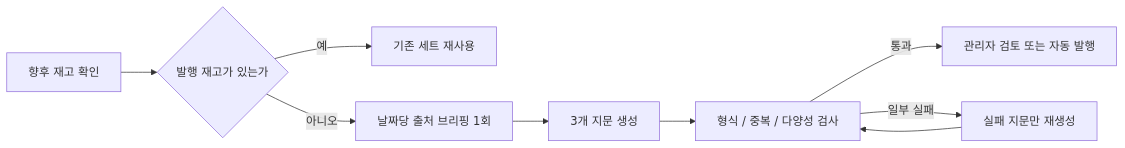
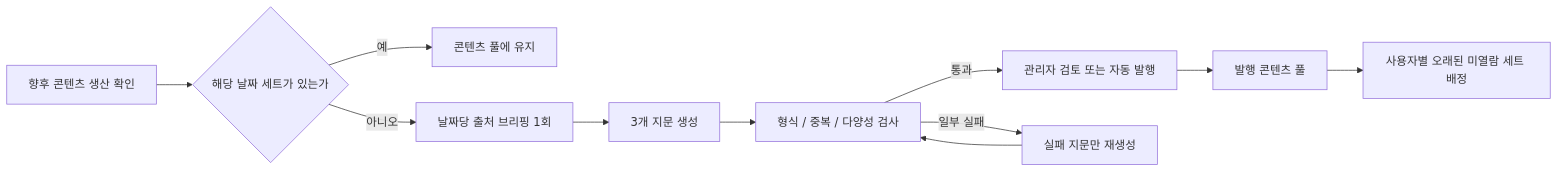
One commit to TRI-READ/tri-read-be changed the third of 3 diagrams in docs/architecture.md. Above: the diagram before and after it, drawn with Mermaid. The commit also changed other lines of this file and 30 other files, not shown here.

````diff
--- a/docs/architecture.md
+++ b/docs/architecture.md
@@ -49,11 +49,13 @@
 ```mermaid
 flowchart LR
-    Inventory["향후 재고 확인"] --> Reuse{"발행 재고가 있는가"}
-    Reuse -->|예| Assign["기존 세트 재사용"]
-    Reuse -->|아니오| Brief["날짜당 출처 브리핑 1회"]
+    Inventory["향후 콘텐츠 생산 확인"] --> Enough{"해당 날짜 세트가 있는가"}
+    Enough -->|예| Wait["콘텐츠 풀에 유지"]
+    Enough -->|아니오| Brief["날짜당 출처 브리핑 1회"]
     Brief --> Generate["3개 지문 생성"]
     Generate --> Local["형식 / 중복 / 다양성 검사"]
     Local -->|통과| Review["관리자 검토 또는 자동 발행"]
+    Review --> Pool["발행 콘텐츠 풀"]
+    Pool --> Assign["사용자별 오래된 미열람 세트 배정"]
     Local -->|일부 실패| Repair["실패 지문만 재생성"]
     Repair --> Local
 ```
````
